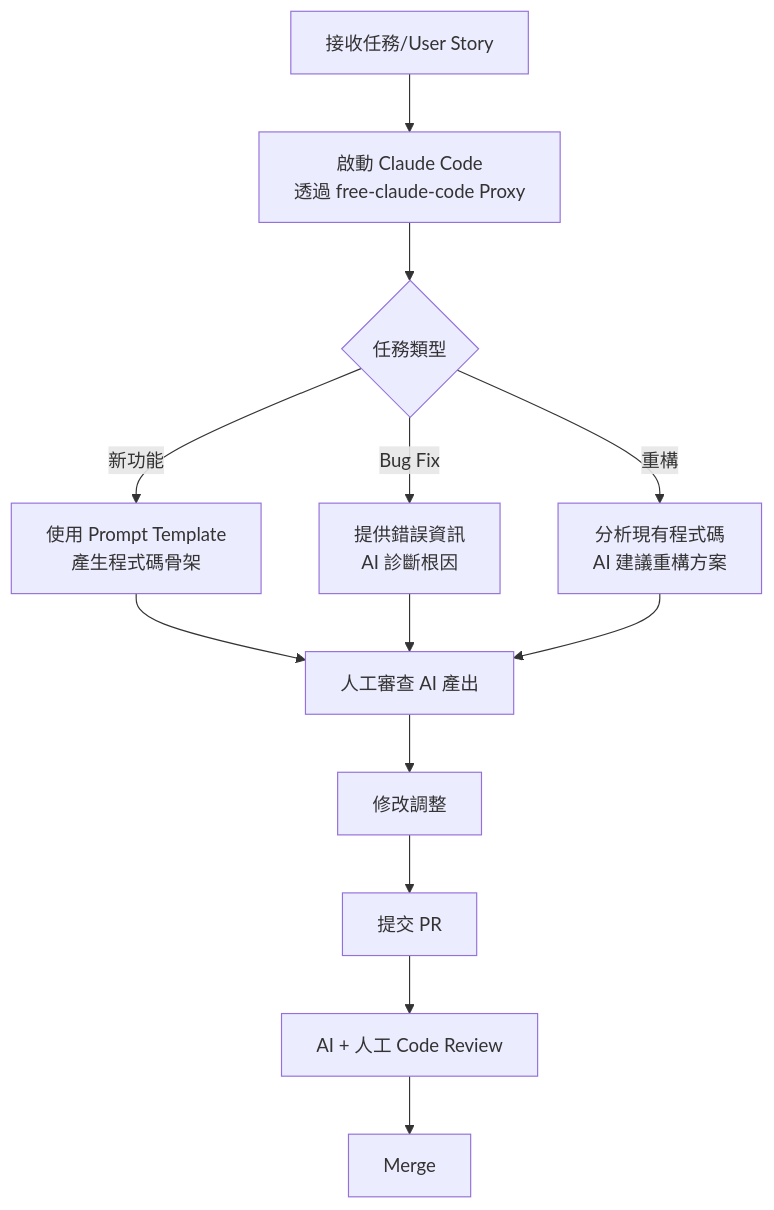
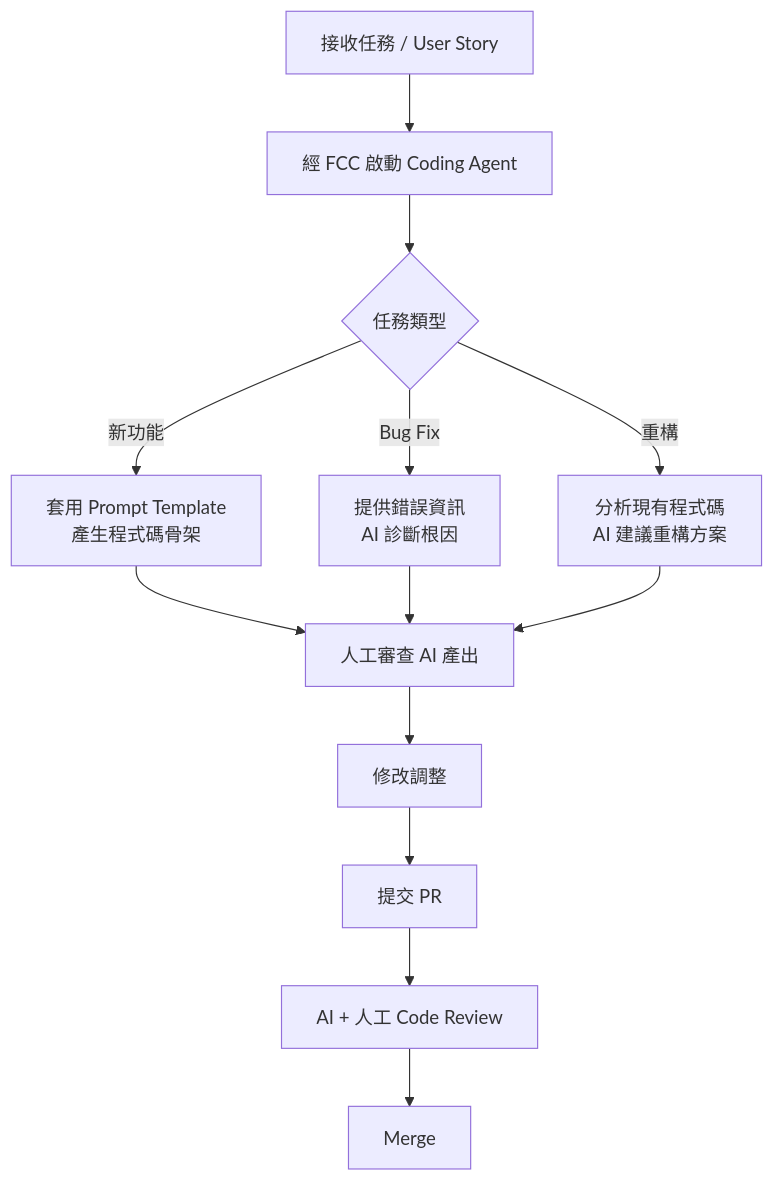
One commit to chihhung/Blog changed diagram 18 of 27 in content/posts/教學/AI開發/free-claude-code 教學手冊.md. Above: the diagram before and after it, drawn with Mermaid. The commit also changed other lines of this file and 1 other file, not shown here.

````diff
--- a/content/posts/教學/AI開發/free-claude-code 教學手冊.md
+++ b/content/posts/教學/AI開發/free-claude-code 教學手冊.md
@@ -1585,15 +2416,15 @@
 ```mermaid
 graph TD
-    A[接收任務/User Story] --> B[啟動 Claude Code<br/>透過 free-claude-code Proxy]
+    A[接收任務 / User Story] --> B[經 FCC 啟動 Coding Agent]
     B --> C{任務類型}
-    C -->|新功能| D[使用 Prompt Template<br/>產生程式碼骨架]
+    C -->|新功能| D[套用 Prompt Template<br/>產生程式碼骨架]
     C -->|Bug Fix| E[提供錯誤資訊<br/>AI 診斷根因]
     C -->|重構| F[分析現有程式碼<br/>AI 建議重構方案]
     D --> G[人工審查 AI 產出]
     E --> G
     F --> G
     G --> H[修改調整]
     H --> I[提交 PR]
     I --> J[AI + 人工 Code Review]
     J --> K[Merge]
 ```
````
